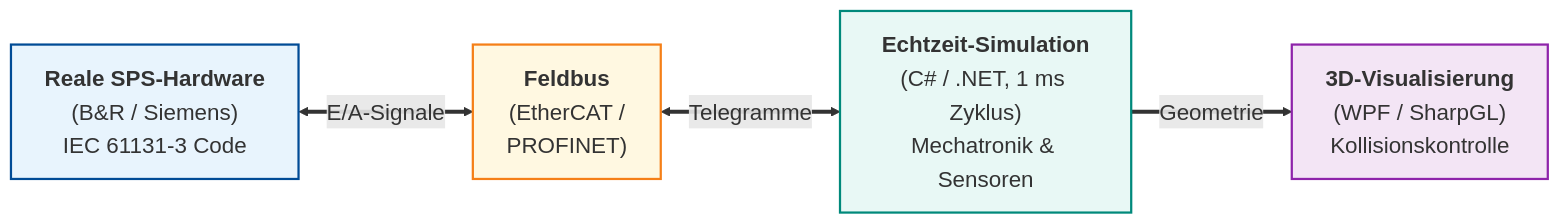
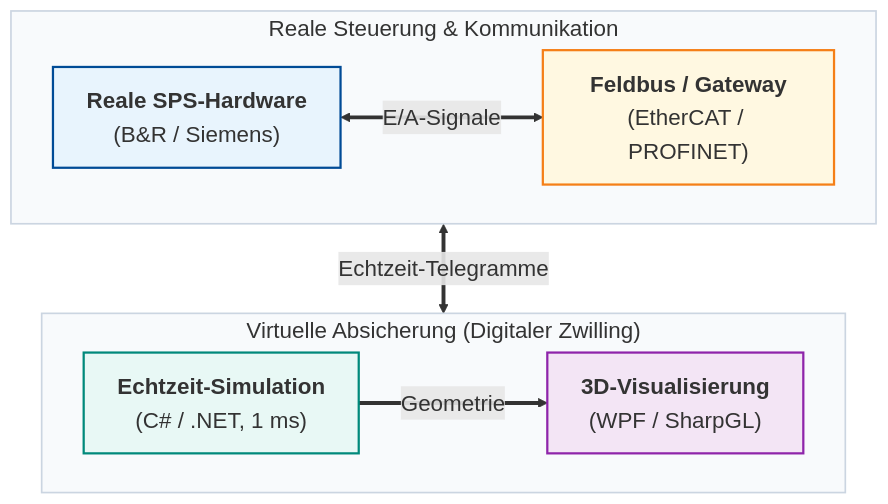
Before and after one commit to ghackenberg/kurs-computer-simulation: the diagram in Folien/11_Epilog/Diagramme/VIBN_Systemarchitektur.mmd, drawn with Mermaid. The commit also changed 38 other files, not shown here.

```diff
--- a/Folien/11_Epilog/Diagramme/VIBN_Systemarchitektur.mmd
+++ b/Folien/11_Epilog/Diagramme/VIBN_Systemarchitektur.mmd
@@ -1,15 +1,18 @@
 %%{init: {'themeVariables': {'fontSize': '20px'}}}%%
-flowchart LR
-    PLC["<b>Reale SPS-Hardware</b><br/>(B&R / Siemens)<br/>IEC 61131-3 Code"]
-    BUS["<b>Feldbus</b><br/>(EtherCAT /<br/>PROFINET)"]
-    SIM["<b>Echtzeit-Simulation</b><br/>(C# / .NET, 1 ms Zyklus)<br/>Mechatronik & Sensoren"]
-    VIS["<b>3D-Visualisierung</b><br/>(WPF / SharpGL)<br/>Kollisionskontrolle"]
-
-    PLC <==>|"E/A-Signale"| BUS
-    BUS <==>|"Telegramme"| SIM
-    SIM ==>|"Geometrie"| VIS
+flowchart TD
+    subgraph Row1 ["Reale Steuerung & Kommunikation"]
+        direction LR
+        PLC["<b>Reale SPS-Hardware</b><br/>(B&R / Siemens)"] <==>|"E/A-Signale"| BUS["<b>Feldbus / Gateway</b><br/>(EtherCAT / PROFINET)"]
+    end
+    subgraph Row2 ["Virtuelle Absicherung (Digitaler Zwilling)"]
+        direction LR
+        SIM["<b>Echtzeit-Simulation</b><br/>(C# / .NET, 1 ms)"] ==>|"Geometrie"| VIS["<b>3D-Visualisierung</b><br/>(WPF / SharpGL)"]
+    end
+    Row1 <==>|"Echtzeit-Telegramme"| Row2
 
     style PLC fill:#e8f4fd,stroke:#004B96,stroke-width:2px
     style BUS fill:#fff8e1,stroke:#f57f17,stroke-width:2px
     style SIM fill:#e8f8f5,stroke:#00897b,stroke-width:2px
     style VIS fill:#f3e5f5,stroke:#8e24aa,stroke-width:2px
+    style Row1 fill:#f8fafc,stroke:#cbd5e1,stroke-width:1.5px
+    style Row2 fill:#f8fafc,stroke:#cbd5e1,stroke-width:1.5px
```
